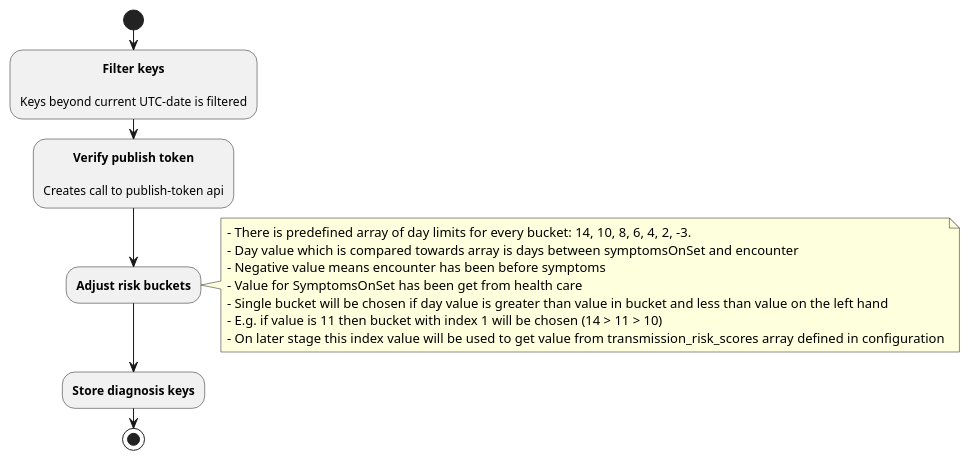
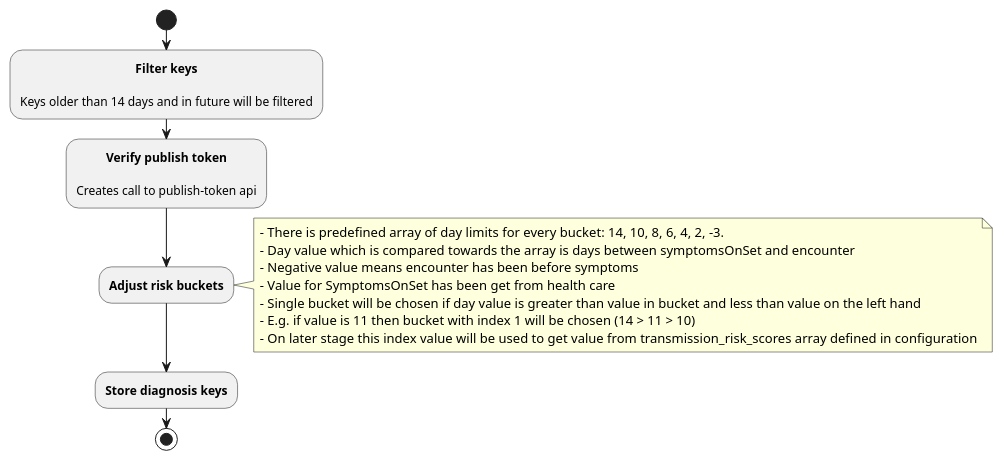
Before and after one commit to THLfi/koronavilkku-backend: the diagram in documentation/plantuml/publish_diagnosis_keys.pu, drawn with PlantUML. The commit also changed 1 other file, not shown here.

```diff
--- a/documentation/plantuml/publish_diagnosis_keys.pu
+++ b/documentation/plantuml/publish_diagnosis_keys.pu
@@ -1,23 +1,23 @@
 @startuml
 skinparam defaultTextAlignment center
 skinparam noteTextAlignment left
 start
 :**Filter keys**
 
-Keys beyond current UTC-date is filtered;
+Keys older than 14 days and in future will be filtered;
 :**Verify publish token**
 
 Creates call to publish-token api;
 :**Adjust risk buckets**;
 note right
   - There is predefined array of day limits for every bucket: 14, 10, 8, 6, 4, 2, -3.
-  - Day value which is compared towards array is days between symptomsOnSet and encounter
+  - Day value which is compared towards the array is days between symptomsOnSet and encounter
   - Negative value means encounter has been before symptoms
   - Value for SymptomsOnSet has been get from health care
   - Single bucket will be chosen if day value is greater than value in bucket and less than value on the left hand
   - E.g. if value is 11 then bucket with index 1 will be chosen (14 > 11 > 10)
   - On later stage this index value will be used to get value from transmission_risk_scores array defined in configuration
 end note
 :**Store diagnosis keys**;
 stop
 @enduml
```
